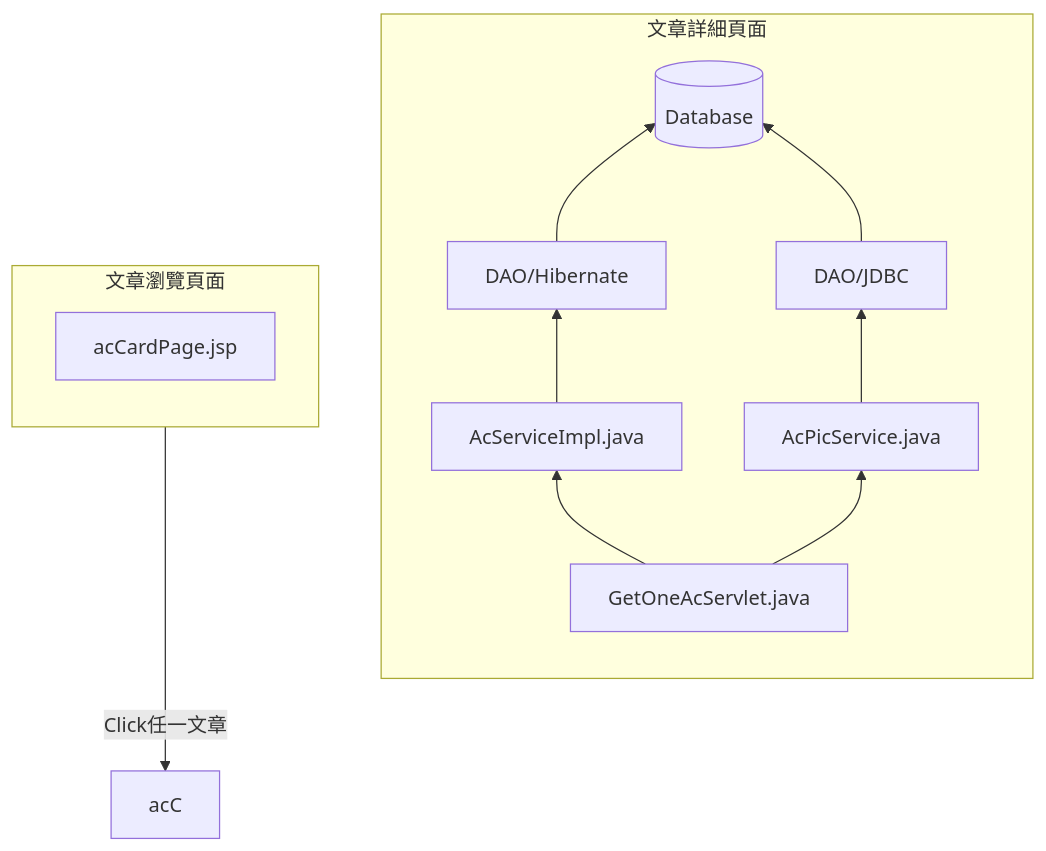
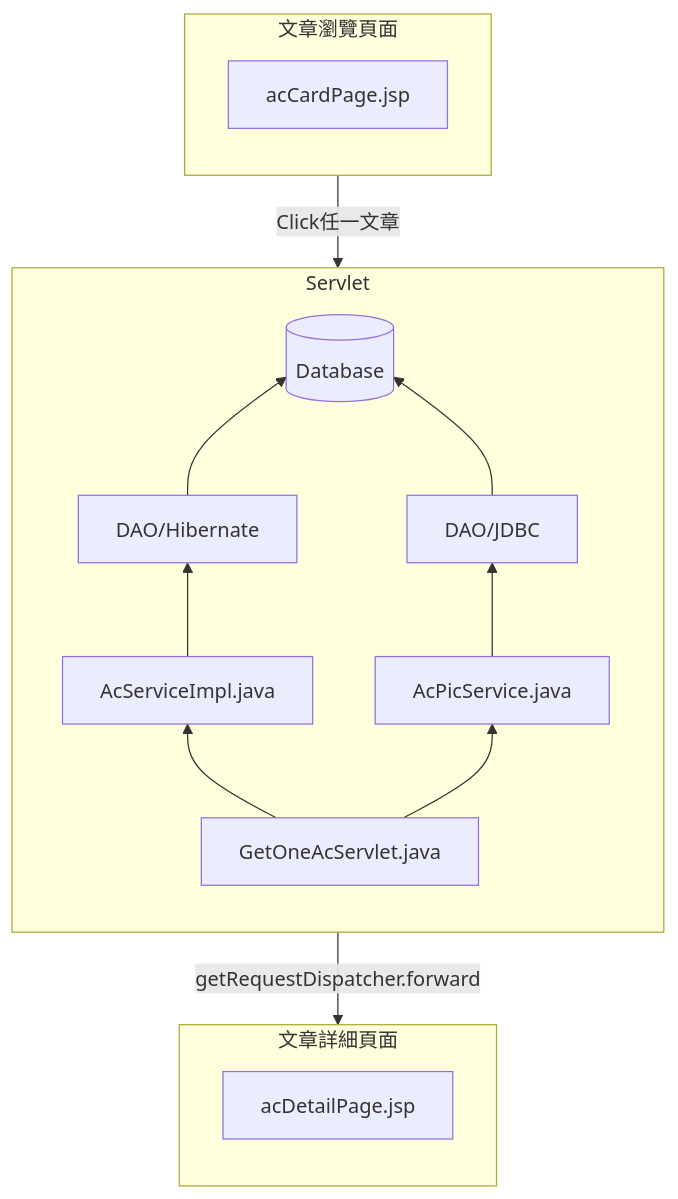
Diagram 11 of 12 in README.md (TLexYuW/CGA103G1OwnPart), drawn with Mermaid before and after one commit.

Commit message:
LexVaultBackup: 2022-09-12 21:18:36
Affected files:
README.md

````diff
--- a/README.md
+++ b/README.md
@@ -263,22 +263,29 @@
 ```mermaid
 graph TB
 	
-	subgraph 文章詳細頁面
+	subgraph Servlet
 	direction BT
 	GOAS[GetOneAcServlet.java] --> ASI[AcServiceImpl.java] 
 	--> H[DAO/Hibernate] --> DB[(Database)]
 	end
 	
-	subgraph 文章詳細頁面
+	subgraph Servlet
 	direction BT
 	GOAS[GetOneAcServlet.java] --> APS[AcPicService.java] 
 	--> DAO[DAO/JDBC] --> DB[(Database)]
 	end
 	
 	subgraph 文章瀏覽頁面
 	direction BT
 	acCP[acCardPage.jsp]
 	end
 	
-	acCP -->|Click任一文章| acC
+	subgraph 文章詳細頁面
+	direction BT
+	acDP[acDetailPage.jsp]
+	end
+	
+	acCP -->|Click任一文章| GOAS
+	GOAS -->|getRequestDispatcher.forward| acDP
+	
 ```
````
